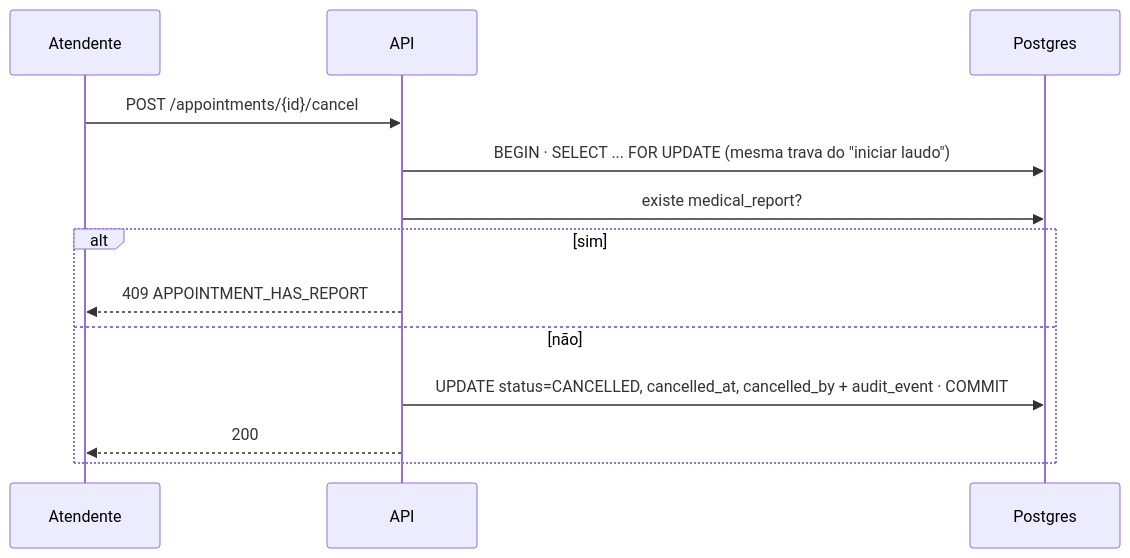
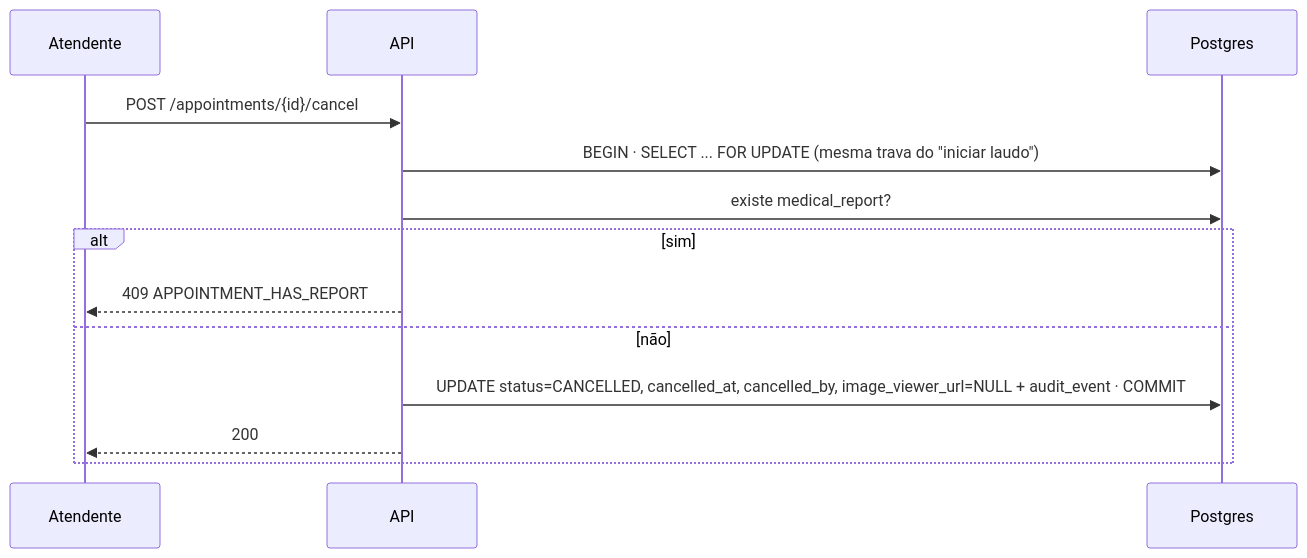
One commit to barretodsp/clinica-demo changed the third of 3 diagrams in docs/features/appointments.md. Above: the diagram before and after it, drawn with Mermaid. The commit also changed 5 other files, not shown here.

````diff
--- a/docs/features/appointments.md
+++ b/docs/features/appointments.md
@@ -67,15 +67,15 @@
 ```mermaid
 sequenceDiagram
   participant AT as Atendente
   participant API
   participant DB as Postgres
   AT->>API: POST /appointments/{id}/cancel
   API->>DB: BEGIN · SELECT ... FOR UPDATE (mesma trava do "iniciar laudo")
   API->>DB: existe medical_report?
   alt sim
     API-->>AT: 409 APPOINTMENT_HAS_REPORT
   else não
-    API->>DB: UPDATE status=CANCELLED, cancelled_at, cancelled_by + audit_event · COMMIT
+    API->>DB: UPDATE status=CANCELLED, cancelled_at, cancelled_by, image_viewer_url=NULL + audit_event · COMMIT
     API-->>AT: 200
   end
 ```
````
